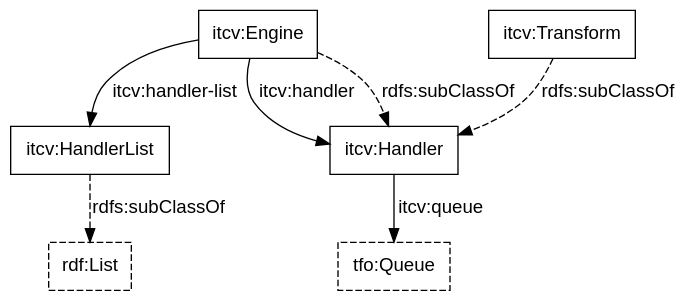
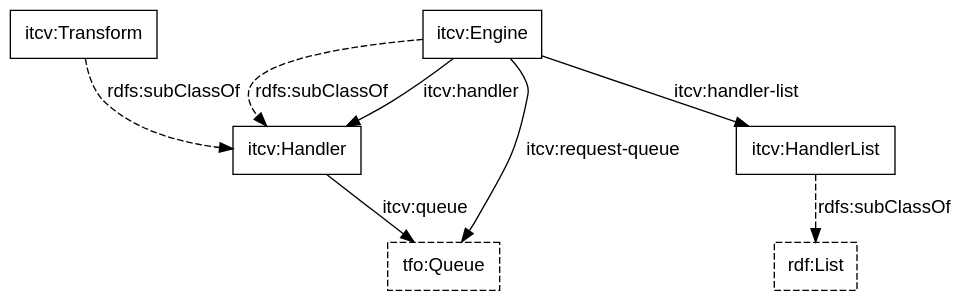
One commit to doriantaylor/owl-intertwingler-vocab changed the diagram in intertwingler-classes.dot. Above: the diagram before and after it, drawn with Graphviz. The commit also changed 2 other files, not shown here.

Commit message:
added request queue

```diff
--- a/intertwingler-classes.dot
+++ b/intertwingler-classes.dot
@@ -1,37 +1,38 @@
 digraph {
     graph [bgcolor=transparent];
     node [shape=box,color="#000000",fontcolor="#000000",fontname="Lucida Grande, Lucida Sans Unicode, sans-serif"];
     edge [color="#000000",fontcolor="#000000",fontname="Lucida Grande, Lucida Sans Unicode, sans-serif"];
 
 
     // third-party stuff
 
     subgraph {
         node [style=dashed];
         rdf_List [label="rdf:List", target="_parent", href="https://www.w3.org/TR/rdf-schema/#ch_list"];
         tfo_Queue [label="tfo:Queue", target="_parent", href="https://vocab.methodandstructure.com/transformation#Queue"];
     }
 
     // our classes
 
     itcv_Handler [label="itcv:Handler", target="_parent", href="https://vocab.methodandstructure.com/intertwingler#Handler"];
     itcv_Engine [label="itcv:Engine", target="_parent", href="https://vocab.methodandstructure.com/intertwingler#Engine"];
     itcv_Transform [label="itcv:Transform", target="_parent", href="https://vocab.methodandstructure.com/intertwingler#Transform"];
     itcv_HandlerList [label="itcv:HandlerList", target="_parent", href="https://vocab.methodandstructure.com/intertwingler#HandlerList"];
 
     // subclass relations
 
     subgraph {
         edge [style=dashed, label="rdfs:subClassOf"];
 
         itcv_Engine    -> itcv_Handler;
         itcv_Transform -> itcv_Handler;
         itcv_HandlerList -> rdf_List;
     }
 
     // main relations
 
     itcv_Engine  -> itcv_Handler [label="itcv:handler"];
     itcv_Engine  -> itcv_HandlerList [label="itcv:handler-list"];
+    itcv_Engine  -> tfo_Queue [label="itcv:request-queue"];
     itcv_Handler -> tfo_Queue [label="itcv:queue"];
 }
```
